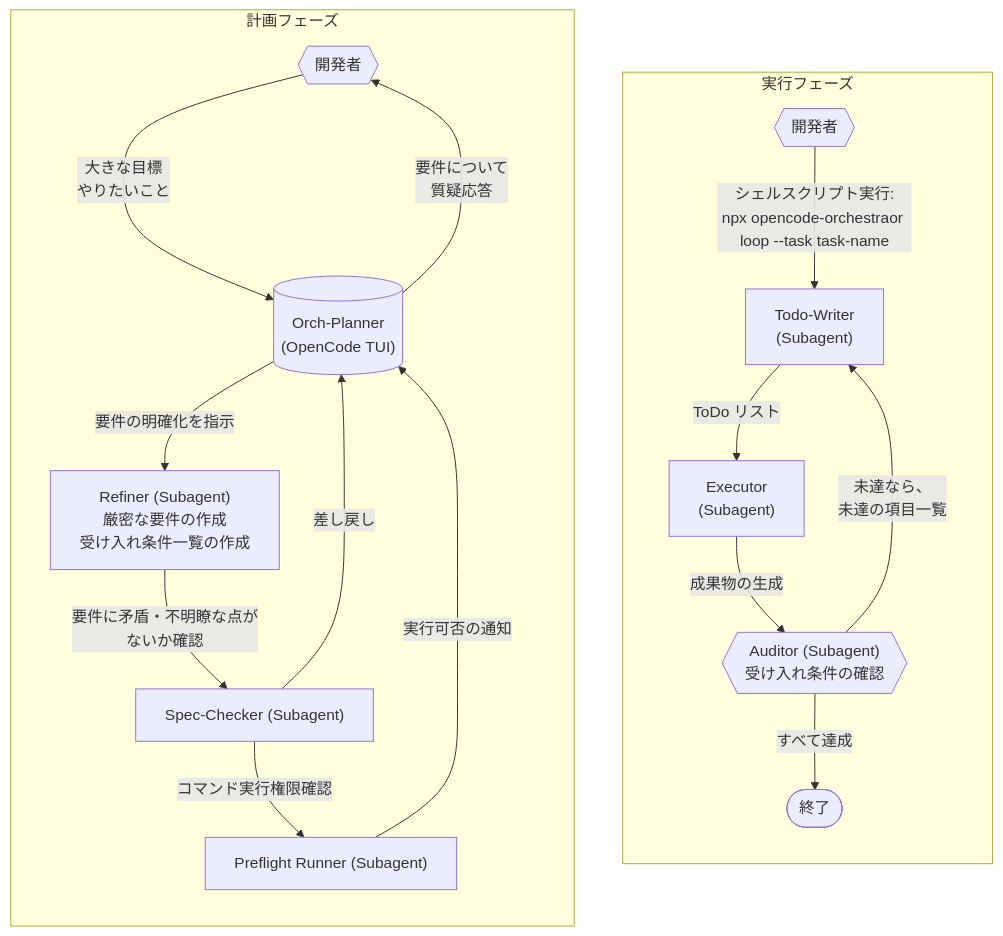
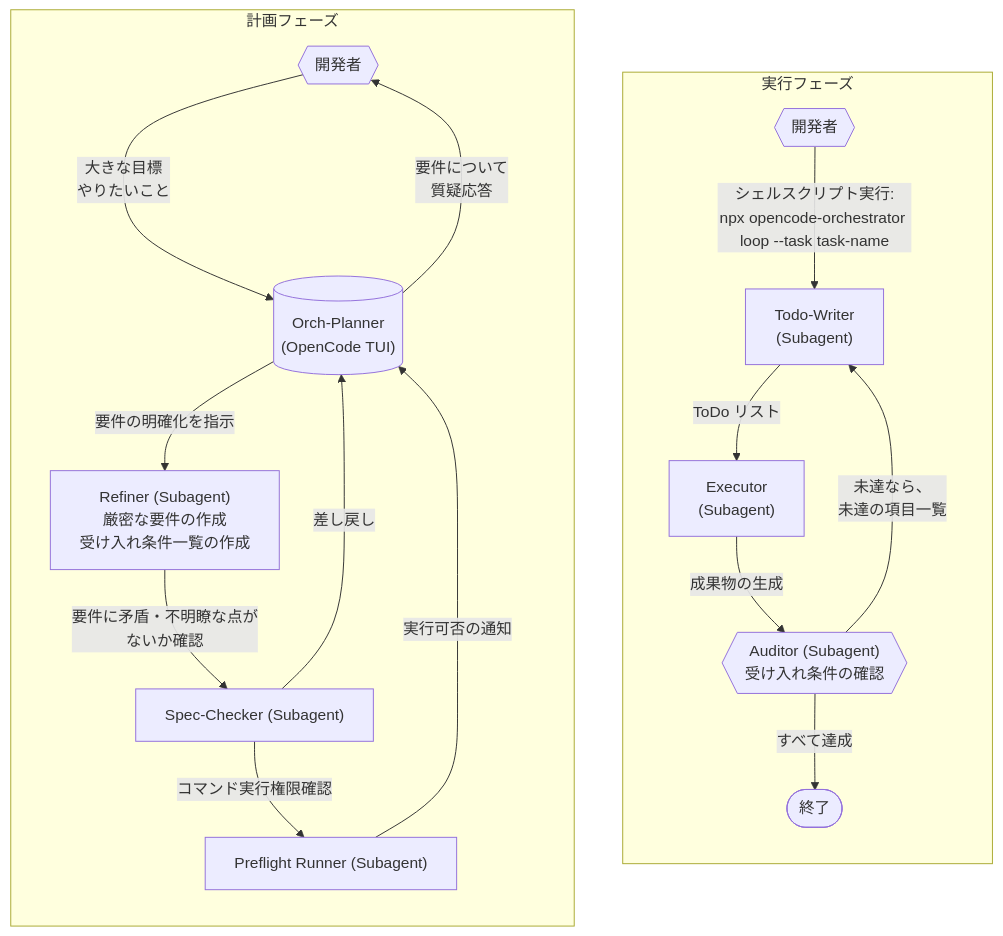
One commit to ZenkakuHiragana/opencode-orchestrator changed the diagram in README.md. Above: the diagram before and after it, drawn with Mermaid. The commit also changed other lines of this file and 7 other files, not shown here.

````diff
--- a/README.md
+++ b/README.md
@@ -34,31 +34,31 @@
 ```mermaid
 flowchart LR
   subgraph Planning["計画フェーズ"]
     direction TB
     Dev{{"開発者"}} --"大きな目標<br/>やりたいこと"-->
     Planner[("Orch-Planner<br/>(OpenCode TUI)")]
     Planner --"要件の明確化を指示"-->
     Refiner["Refiner (Subagent)<br/>厳密な要件の作成<br/>受け入れ条件一覧の作成"]
     Planner --"要件について<br/>質疑応答"---> Dev
     Refiner --"要件に矛盾・不明瞭な点が<br/>ないか確認"-->
     Spec-Checker["Spec-Checker (Subagent)"]
     Spec-Checker --"差し戻し"--> Planner
     Spec-Checker --"コマンド実行権限確認"-->
     Preflight-Runner["Preflight Runner (Subagent)"]
     Preflight-Runner --"実行可否の通知"--> Planner
   end
 
   subgraph Execution["実行フェーズ"]
     direction TB
-    Dev2{{"開発者"}} --"シェルスクリプト実行:<br/>npx opencode-orchestraor loop --task task-name"-->
+    Dev2{{"開発者"}} --"シェルスクリプト実行:<br/>npx opencode-orchestrator loop --task task-name"-->
     TodoWriter["Todo-Writer<br/>(Subagent)"]
     --"ToDo リスト"-->
     Executor["Executor<br/>(Subagent)"]
     --"成果物の生成"-->
     Auditor{{"Auditor (Subagent)<br/>受け入れ条件の確認"}}
     --"未達なら、<br/>未達の項目一覧"--> TodoWriter
     Auditor --"すべて達成"--> End(["終了"])
   end
 
   Planning ~~~ Execution
 ```
````
